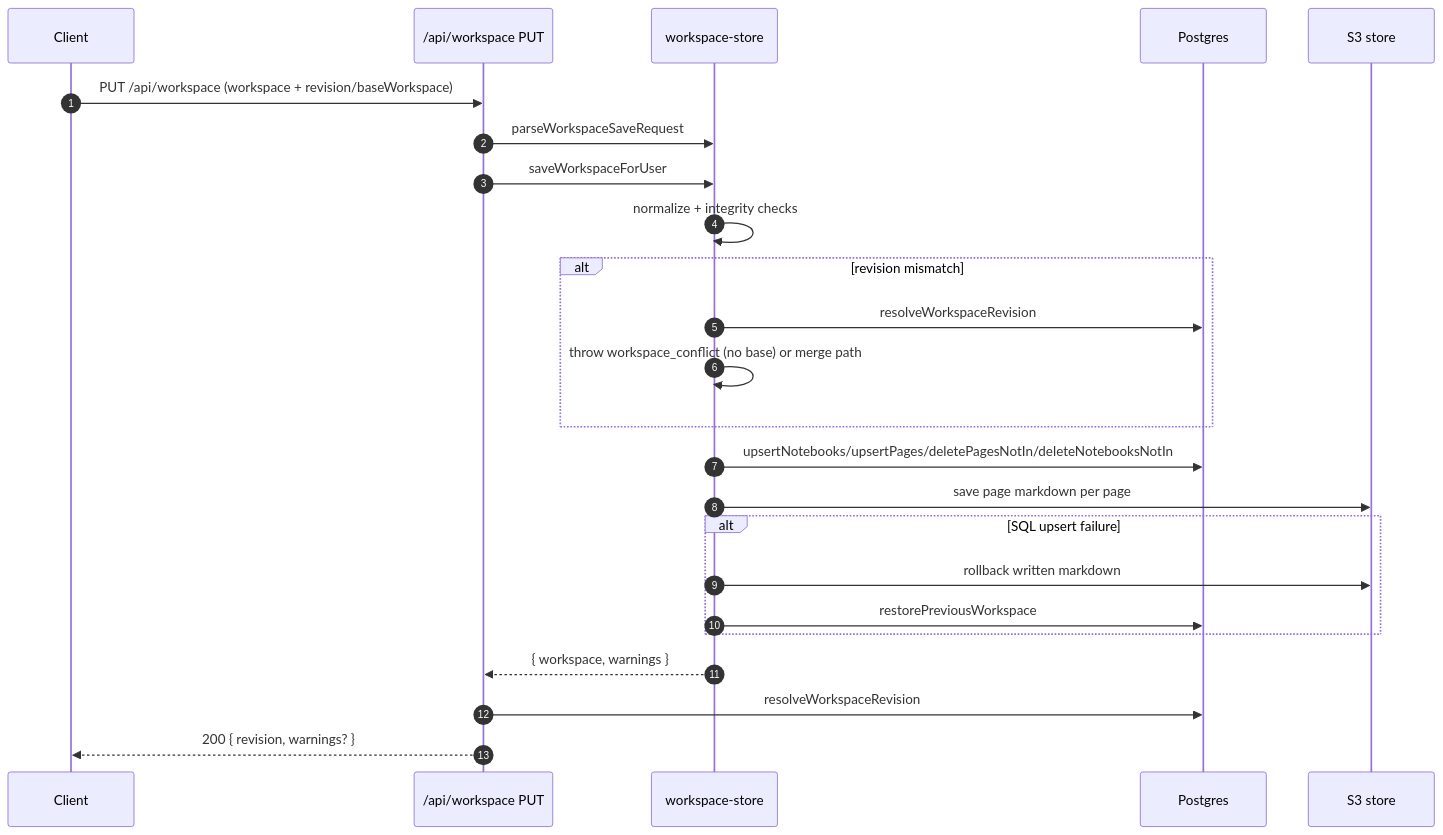
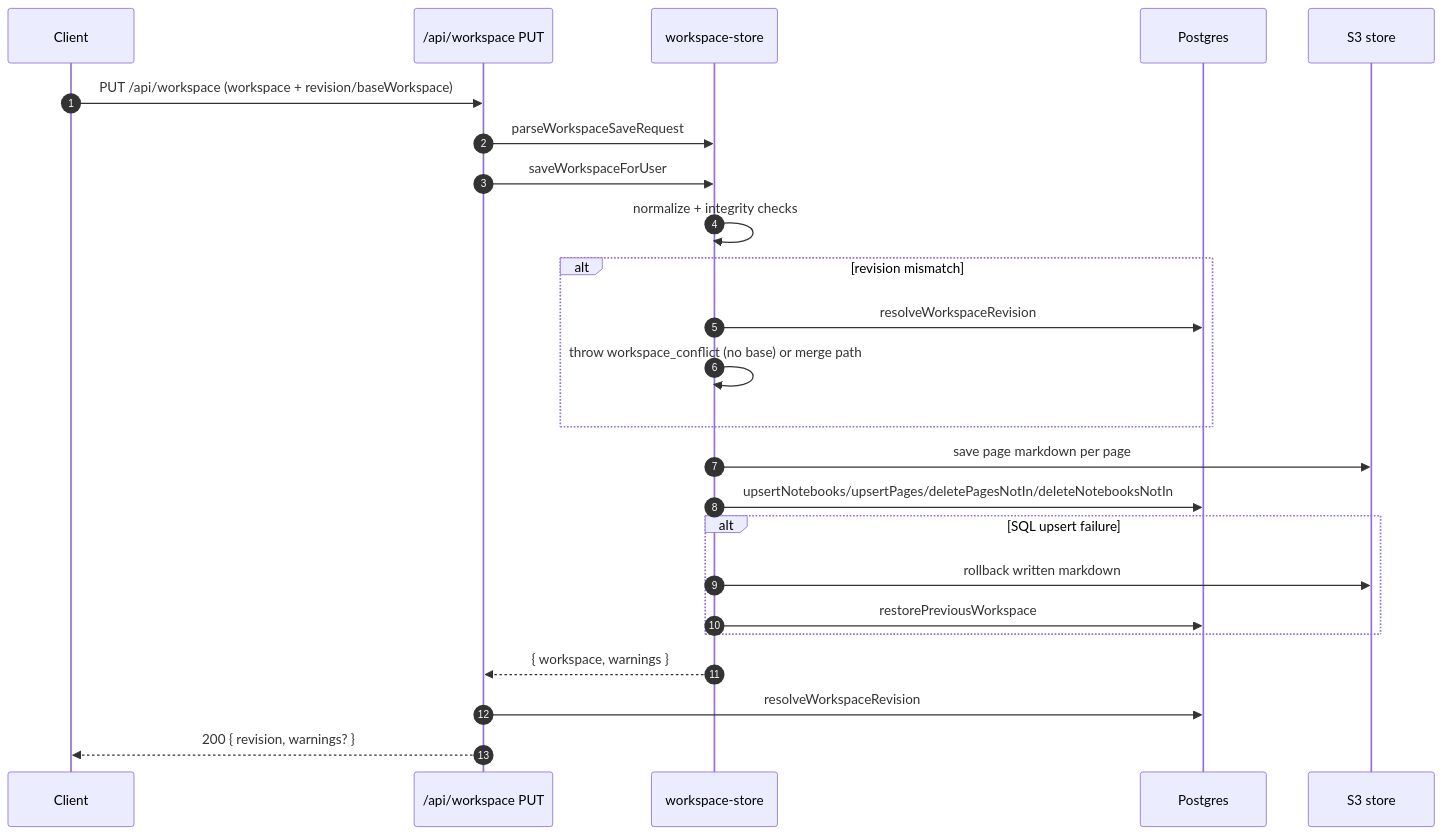
Before and after one commit to VirajShah21/visual-note: the second of 3 diagrams in docs/architecture/notebook-storage.md, drawn with Mermaid. The commit also changed other lines of this file and 1 other file, not shown here.

Commit message:
docs: clarify page markdown storage boundaries and update architecture details

````diff
--- a/docs/architecture/notebook-storage.md
+++ b/docs/architecture/notebook-storage.md
@@ -1440,27 +1448,27 @@
 ```mermaid
 sequenceDiagram
   autonumber
   participant Client
   participant Route as /api/workspace PUT
   participant Store as workspace-store
   participant DB as Postgres
   participant S3 as S3 store
 
   Client->>Route: PUT /api/workspace (workspace + revision/baseWorkspace)
   Route->>Store: parseWorkspaceSaveRequest
   Route->>Store: saveWorkspaceForUser
   Store->>Store: normalize + integrity checks
   alt revision mismatch
     Store->>DB: resolveWorkspaceRevision
     Store->>Store: throw workspace_conflict (no base) or merge path
   end
+  Store->>S3: save page markdown per page
   Store->>DB: upsertNotebooks/upsertPages/deletePagesNotIn/deleteNotebooksNotIn
-  Store->>S3: save page markdown per page
   alt SQL upsert failure
     Store->>S3: rollback written markdown
     Store->>DB: restorePreviousWorkspace
   end
   Store-->>Route: { workspace, warnings }
   Route->>DB: resolveWorkspaceRevision
   Route-->>Client: 200 { revision, warnings? }
 ```
````
